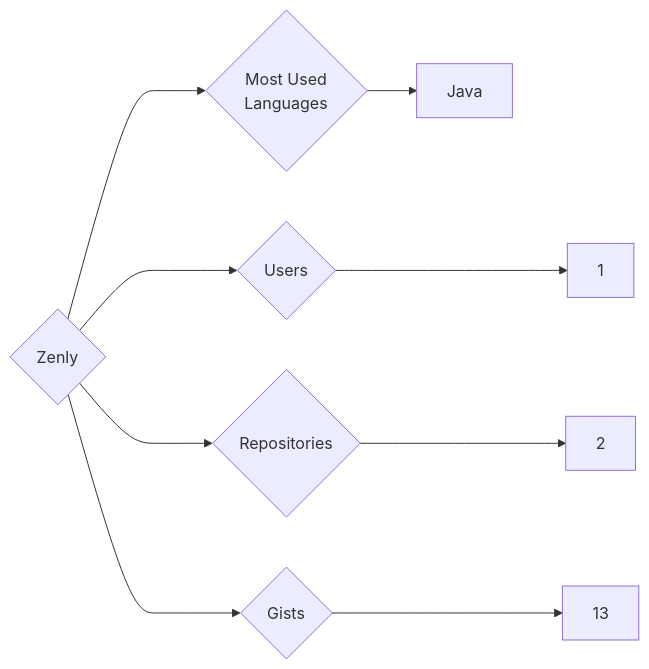
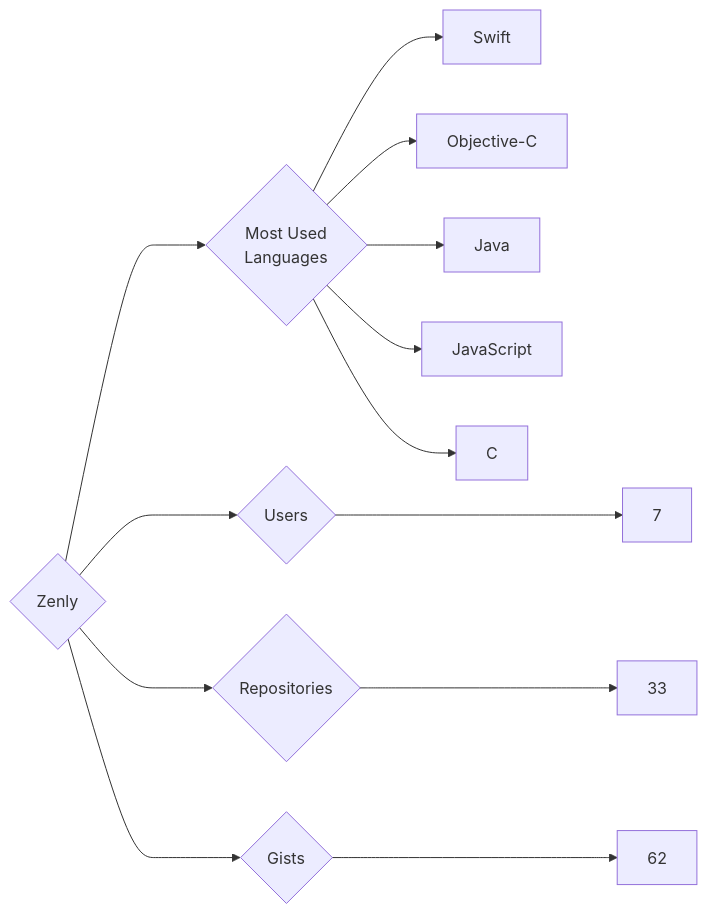
One commit to trickest/insiders changed the diagram in targets/Zenly/README.md. Above: the diagram before and after it, drawn with Mermaid. The commit also changed 677 other files, not shown here.

````diff
--- a/targets/Zenly/README.md
+++ b/targets/Zenly/README.md
@@ -3,9 +3,13 @@
 ```mermaid
 graph LR
 COMPANY_NAME{Zenly}
-COMPANY_NAME ---> U{Users} ---> UN[1]
-COMPANY_NAME ---> R{Repositories} ---> RN[2]
-COMPANY_NAME ---> G{Gists} ---> GN[13]
+COMPANY_NAME ---> U{Users} ---> UN[7]
+COMPANY_NAME ---> R{Repositories} ---> RN[33]
+COMPANY_NAME ---> G{Gists} ---> GN[62]
 COMPANY_NAME ---> ML{Most Used<br>Languages}
+ML --> Swift[Swift]
+ML --> Objective-C[Objective-C]
 ML --> Java[Java]
+ML --> JavaScript[JavaScript]
+ML --> C[C]
 ```
````
